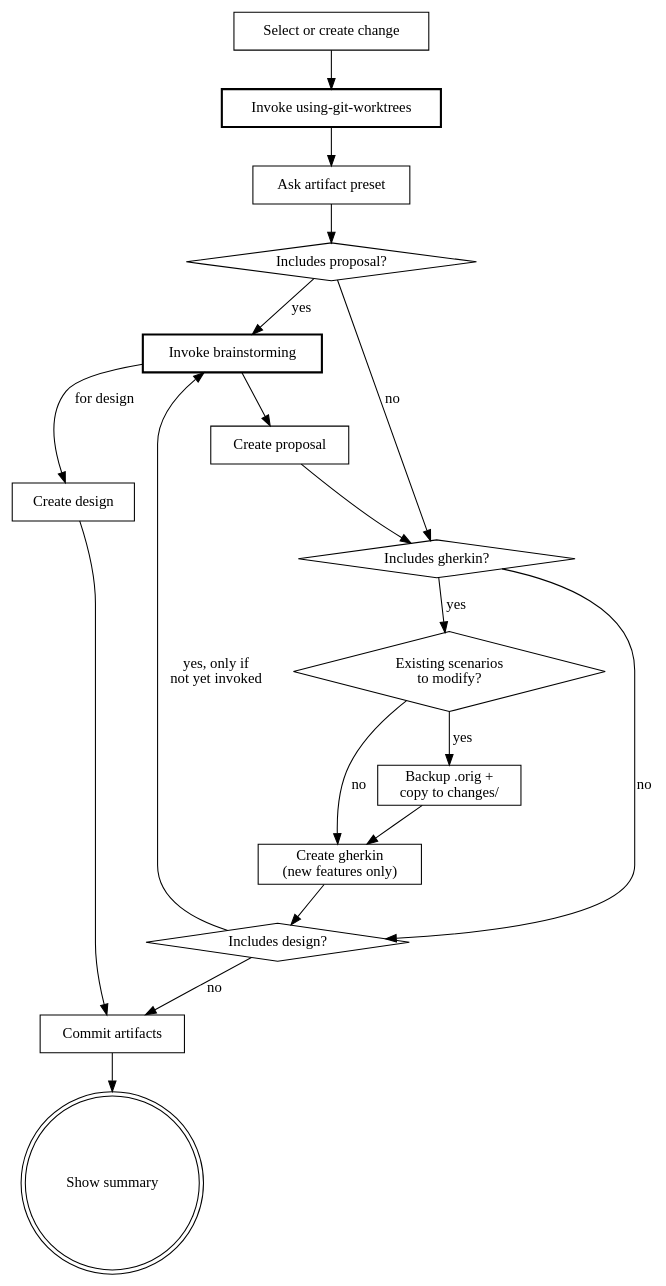
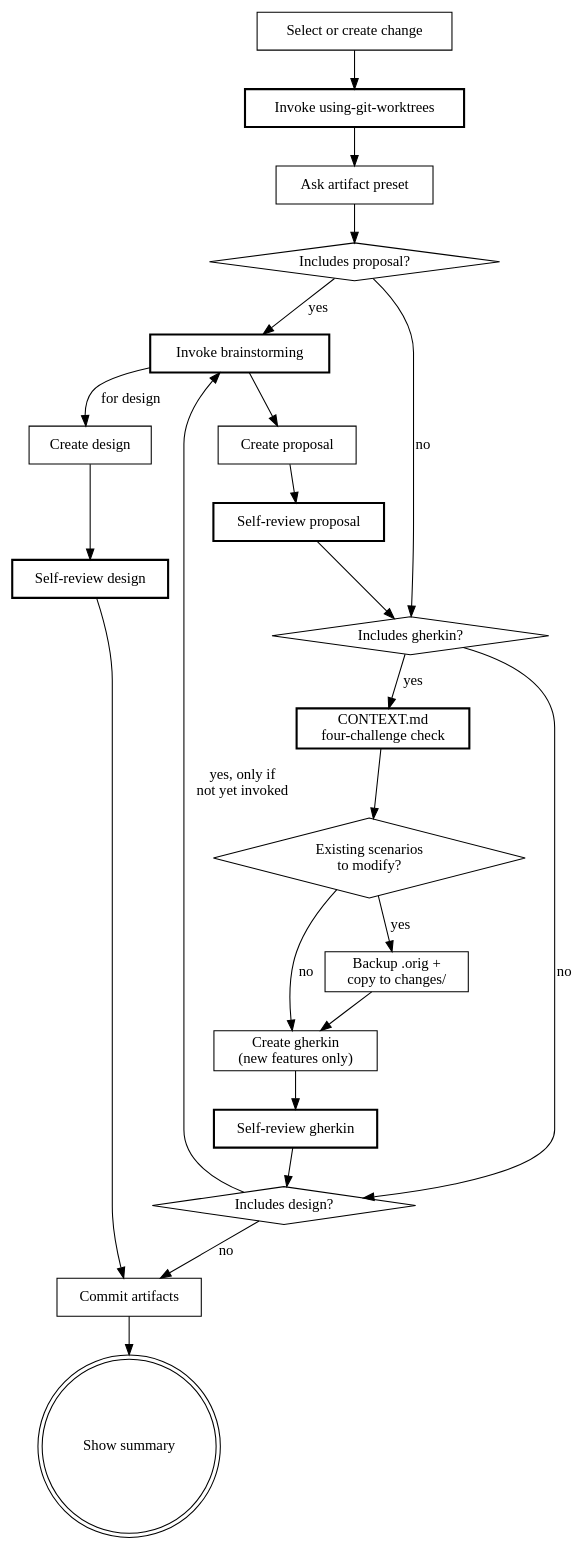
The diagram in skills/design/SKILL.md (kirkchen/beat), drawn with Graphviz before and after one commit. The commit also changed other lines of this file, not shown here.

First line of the commit message:
feat(design): integrate CONTEXT.md four-challenge check and spec self-review

````diff
--- a/skills/design/SKILL.md
+++ b/skills/design/SKILL.md
@@ -68,37 +83,45 @@
 ```dot
 digraph design {
     "Select or create change" [shape=box];
     "Invoke using-git-worktrees" [shape=box, style=bold];
     "Ask artifact preset" [shape=box];
     "Includes proposal?" [shape=diamond];
     "Invoke brainstorming" [shape=box, style=bold];
     "Create proposal" [shape=box];
+    "Self-review proposal" [shape=box, style=bold];
     "Includes gherkin?" [shape=diamond];
+    "CONTEXT.md\nfour-challenge check" [shape=box, style=bold];
     "Existing scenarios\nto modify?" [shape=diamond];
     "Backup .orig +\ncopy to changes/" [shape=box];
     "Create gherkin\n(new features only)" [shape=box];
+    "Self-review gherkin" [shape=box, style=bold];
     "Includes design?" [shape=diamond];
     "Create design" [shape=box];
+    "Self-review design" [shape=box, style=bold];
     "Commit artifacts" [shape=box];
     "Show summary" [shape=doublecircle];
 
     "Select or create change" -> "Invoke using-git-worktrees";
     "Invoke using-git-worktrees" -> "Ask artifact preset";
     "Ask artifact preset" -> "Includes proposal?";
     "Includes proposal?" -> "Invoke brainstorming" [label="yes"];
     "Includes proposal?" -> "Includes gherkin?" [label="no"];
     "Invoke brainstorming" -> "Create proposal";
-    "Create proposal" -> "Includes gherkin?";
-    "Includes gherkin?" -> "Existing scenarios\nto modify?" [label="yes"];
+    "Create proposal" -> "Self-review proposal";
+    "Self-review proposal" -> "Includes gherkin?";
+    "Includes gherkin?" -> "CONTEXT.md\nfour-challenge check" [label="yes"];
     "Includes gherkin?" -> "Includes design?" [label="no"];
+    "CONTEXT.md\nfour-challenge check" -> "Existing scenarios\nto modify?";
     "Existing scenarios\nto modify?" -> "Backup .orig +\ncopy to changes/" [label="yes"];
     "Existing scenarios\nto modify?" -> "Create gherkin\n(new features only)" [label="no"];
     "Backup .orig +\ncopy to changes/" -> "Create gherkin\n(new features only)";
-    "Create gherkin\n(new features only)" -> "Includes design?";
+    "Create gherkin\n(new features only)" -> "Self-review gherkin";
+    "Self-review gherkin" -> "Includes design?";
     "Includes design?" -> "Invoke brainstorming" [label="yes, only if\nnot yet invoked"];
     "Includes design?" -> "Commit artifacts" [label="no"];
     "Invoke brainstorming" -> "Create design" [label="for design"];
-    "Create design" -> "Commit artifacts";
+    "Create design" -> "Self-review design";
+    "Self-review design" -> "Commit artifacts";
     "Commit artifacts" -> "Show summary";
 }
 ```
````
